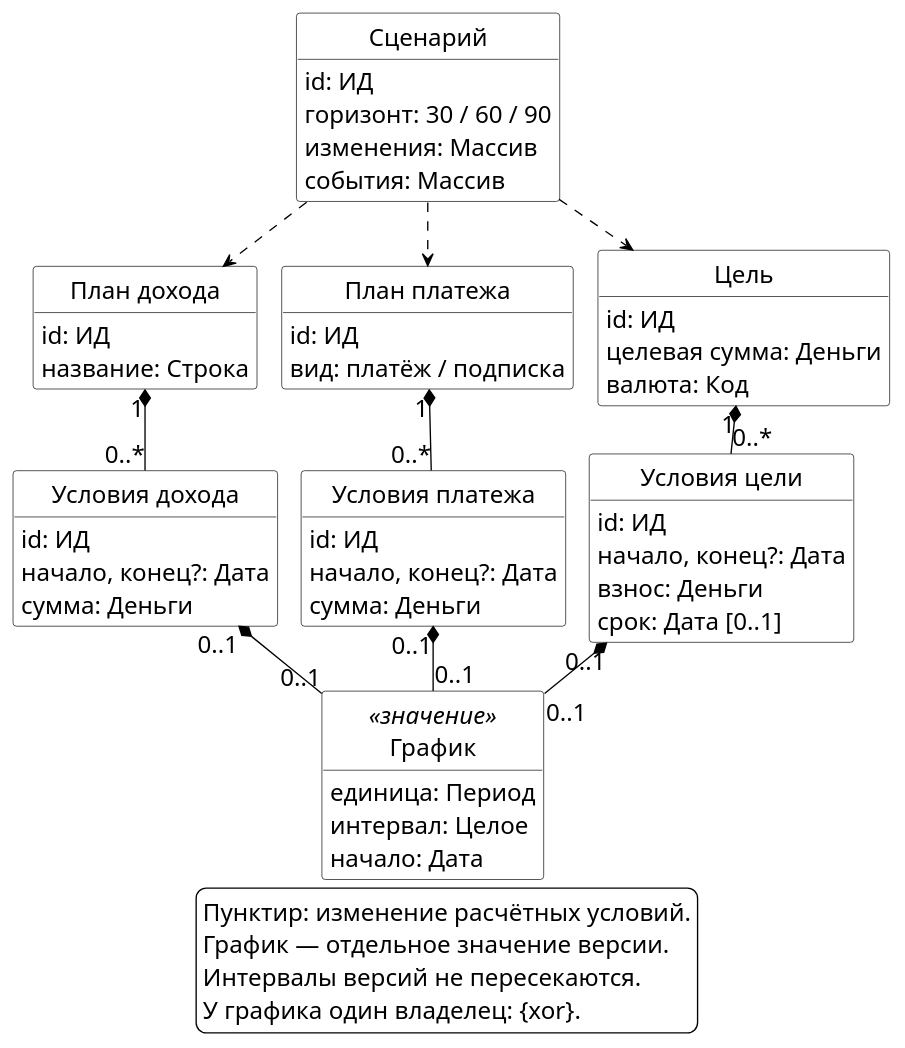
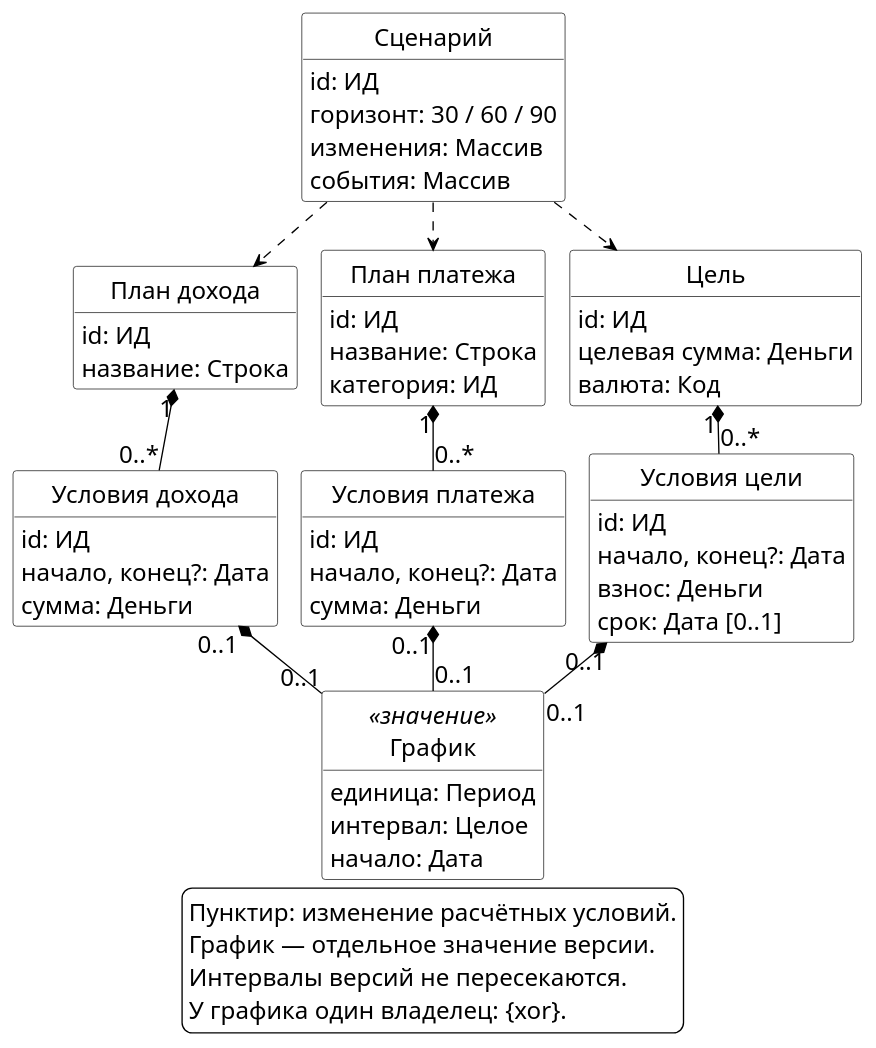
Before and after one commit to Tiroras/lad-finance: the diagram in output/thesis/figures/09-domain-plans.puml, drawn with PlantUML. The commit also changed 32 other files, not shown here.

```diff
--- a/output/thesis/figures/09-domain-plans.puml
+++ b/output/thesis/figures/09-domain-plans.puml
@@ -1,81 +1,82 @@
 @startuml
 !pragma layout smetana
 skinparam backgroundColor white
 skinparam shadowing false
 skinparam defaultFontName Arial
 skinparam defaultFontSize 18
 skinparam classFontSize 19
 skinparam classAttributeFontSize 18
 skinparam ArrowFontSize 18
 skinparam legendFontSize 18
 skinparam classBackgroundColor white
 skinparam classBorderColor black
 skinparam ArrowColor black
 skinparam classAttributeIconSize 0
 skinparam nodesep 22
 skinparam ranksep 25
 hide circle
 hide methods
 
 class "Сценарий" as Scenario {
   id: ИД
   горизонт: 30 / 60 / 90
   изменения: Массив
   события: Массив
 }
 class "План дохода" as Income {
   id: ИД
   название: Строка
 }
 class "План платежа" as Payment {
   id: ИД
-  вид: платёж / подписка
+  название: Строка
+  категория: ИД
 }
 class "Цель" as Goal {
   id: ИД
   целевая сумма: Деньги
   валюта: Код
 }
 class "Условия дохода" as IncomeTerms {
   id: ИД
   начало, конец?: Дата
   сумма: Деньги
 }
 class "Условия платежа" as PaymentTerms {
   id: ИД
   начало, конец?: Дата
   сумма: Деньги
 }
 class "Условия цели" as GoalTerms {
   id: ИД
   начало, конец?: Дата
   взнос: Деньги
   срок: Дата [0..1]
 }
 class "График" as Schedule <<значение>> {
   единица: Период
   интервал: Целое
   начало: Дата
 }
 
 Income -[hidden]right- Payment
 Payment -[hidden]right- Goal
 IncomeTerms -[hidden]right- PaymentTerms
 PaymentTerms -[hidden]right- GoalTerms
 Scenario ..> Income
 Scenario ..> Payment
 Scenario ..> Goal
 Income "1" *-down- "0..*" IncomeTerms
 Payment "1" *-down- "0..*" PaymentTerms
 Goal "1" *-down- "0..*" GoalTerms
 IncomeTerms "0..1" *-down- "0..1" Schedule
 PaymentTerms "0..1" *-down- "0..1" Schedule
 GoalTerms "0..1" *-down- "0..1" Schedule
 
 legend bottom
   Пунктир: изменение расчётных условий.
   График — отдельное значение версии.
   Интервалы версий не пересекаются.
   У графика один владелец: {xor}.
 endlegend
 @enduml
```
